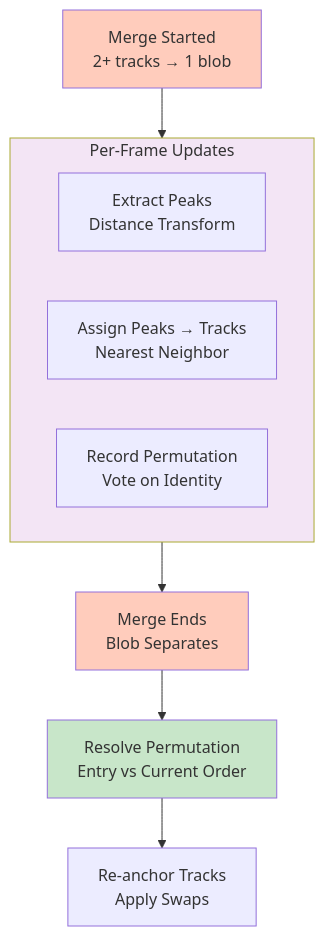
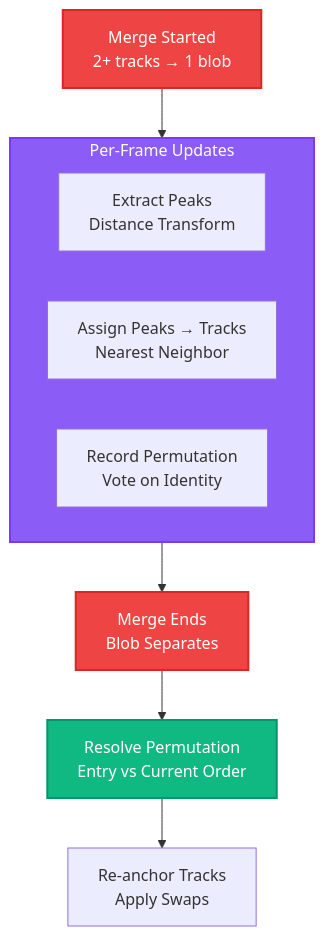
The sixth of 13 diagrams in docs/SYSTEM_ARCHITECTURE.md (ALeaf21/LearningJuiceAutoScout), drawn with Mermaid before and after one commit. The commit also changed other lines of this file and 1 other file, not shown here.

Commit message:
doc updated for dark theme

````diff
--- a/docs/SYSTEM_ARCHITECTURE.md
+++ b/docs/SYSTEM_ARCHITECTURE.md
@@ -216,25 +220,26 @@
 ```mermaid
+%%{init: {theme: 'dark'}}%%
 graph TD
     Merge["Merge Started<br/>2+ tracks → 1 blob"]
     
     subgraph Tracking["Per-Frame Updates"]
         Peaks["Extract Peaks<br/>Distance Transform"]
         Assign["Assign Peaks → Tracks<br/>Nearest Neighbor"]
         Vote["Record Permutation<br/>Vote on Identity"]
     end
     
     Separate["Merge Ends<br/>Blob Separates"]
     
     Resolve["Resolve Permutation<br/>Entry vs Current Order"]
     Reanchor["Re-anchor Tracks<br/>Apply Swaps"]
     
     Merge --> Tracking
     Tracking --> Separate
     Separate --> Resolve
     Resolve --> Reanchor
     
-    style Merge fill:#ffccbc
-    style Separate fill:#ffccbc
-    style Resolve fill:#c8e6c9
-    style Tracking fill:#f3e5f5
+    style Merge fill:#ef4444,stroke:#dc2626,stroke-width:2px,color:#fff
+    style Separate fill:#ef4444,stroke:#dc2626,stroke-width:2px,color:#fff
+    style Resolve fill:#10b981,stroke:#059669,stroke-width:2px,color:#fff
+    style Tracking fill:#8b5cf6,stroke:#7c3aed,stroke-width:2px,color:#fff
 ```
````
